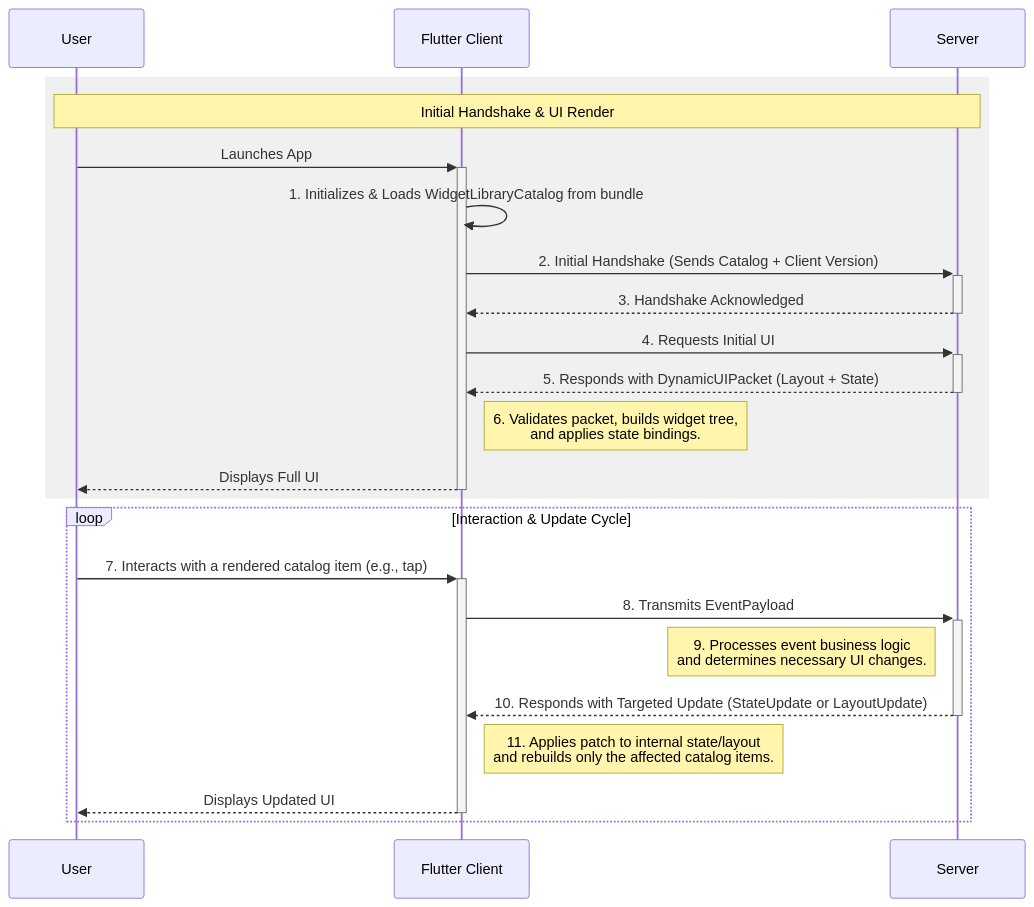
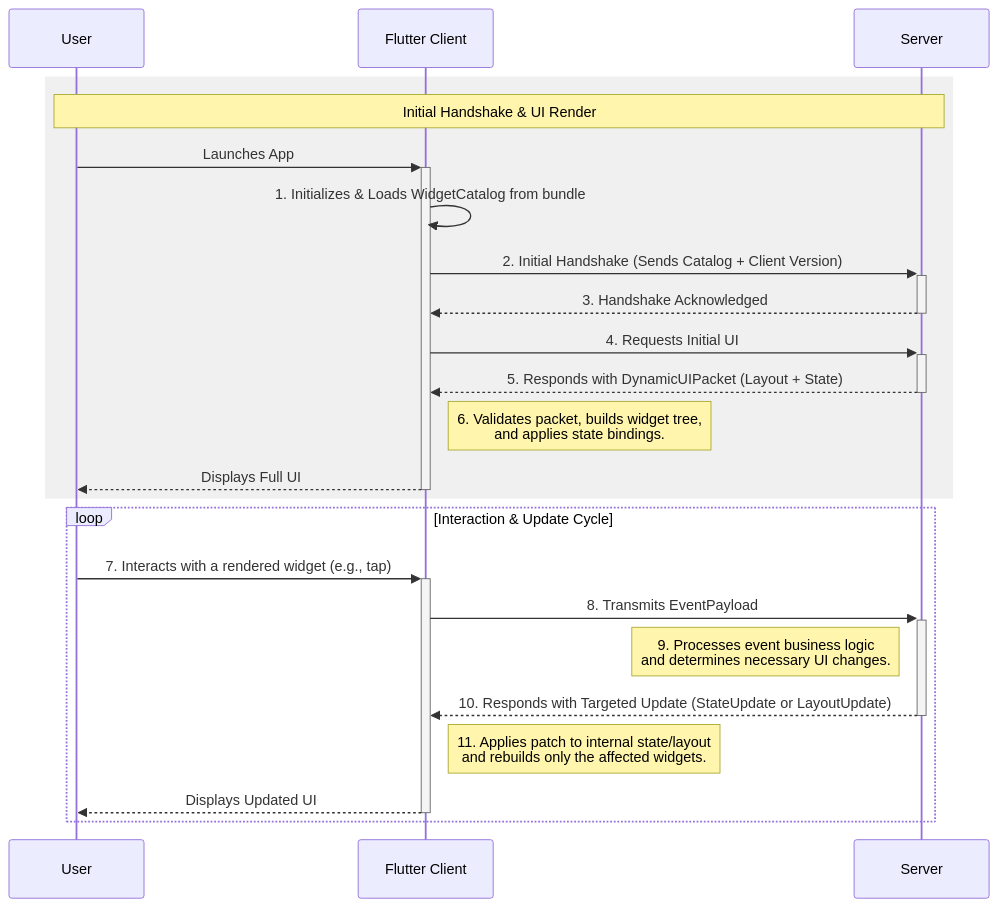
Before and after one commit to flutter/genui: the diagram in pkgs/fcp_client/docs/Flutter Composition Protocol.md, drawn with Mermaid. The commit also changed other lines of this file and 22 other files, not shown here.

Commit message:
Rename catalog item back to widget

````diff
--- a/pkgs/fcp_client/docs/Flutter Composition Protocol.md
+++ b/pkgs/fcp_client/docs/Flutter Composition Protocol.md
@@ -42,28 +42,28 @@
 ```mermaid
 sequenceDiagram
     participant User
     participant Flutter Client
     participant Server
 
     rect rgba(128, 128, 128, 0.12)
         note over User, Server: Initial Handshake & UI Render
         User->>+Flutter Client: Launches App
-        Flutter Client->>Flutter Client: 1. Initializes & Loads WidgetLibraryCatalog from bundle
+        Flutter Client->>Flutter Client: 1. Initializes & Loads WidgetCatalog from bundle
         Flutter Client->>+Server: 2. Initial Handshake (Sends Catalog + Client Version)
         Server-->>-Flutter Client: 3. Handshake Acknowledged
 
         Flutter Client->>+Server: 4. Requests Initial UI
         Server-->>-Flutter Client: 5. Responds with DynamicUIPacket (Layout + State)
         Note right of Flutter Client: 6. Validates packet, builds widget tree, <br/>and applies state bindings.
         Flutter Client-->>-User: Displays Full UI
     end
 
     loop Interaction & Update Cycle
-        User->>+Flutter Client: 7. Interacts with a rendered catalog item (e.g., tap)
+        User->>+Flutter Client: 7. Interacts with a rendered widget (e.g., tap)
         Flutter Client->>+Server: 8. Transmits EventPayload
         Note left of Server: 9. Processes event business logic <br/>and determines necessary UI changes.
         Server-->>-Flutter Client: 10. Responds with Targeted Update (StateUpdate or LayoutUpdate)
-        Note right of Flutter Client: 11. Applies patch to internal state/layout <br/>and rebuilds only the affected catalog items.
+        Note right of Flutter Client: 11. Applies patch to internal state/layout <br/>and rebuilds only the affected widgets.
         Flutter Client-->>-User: Displays Updated UI
     end
 ```
````
